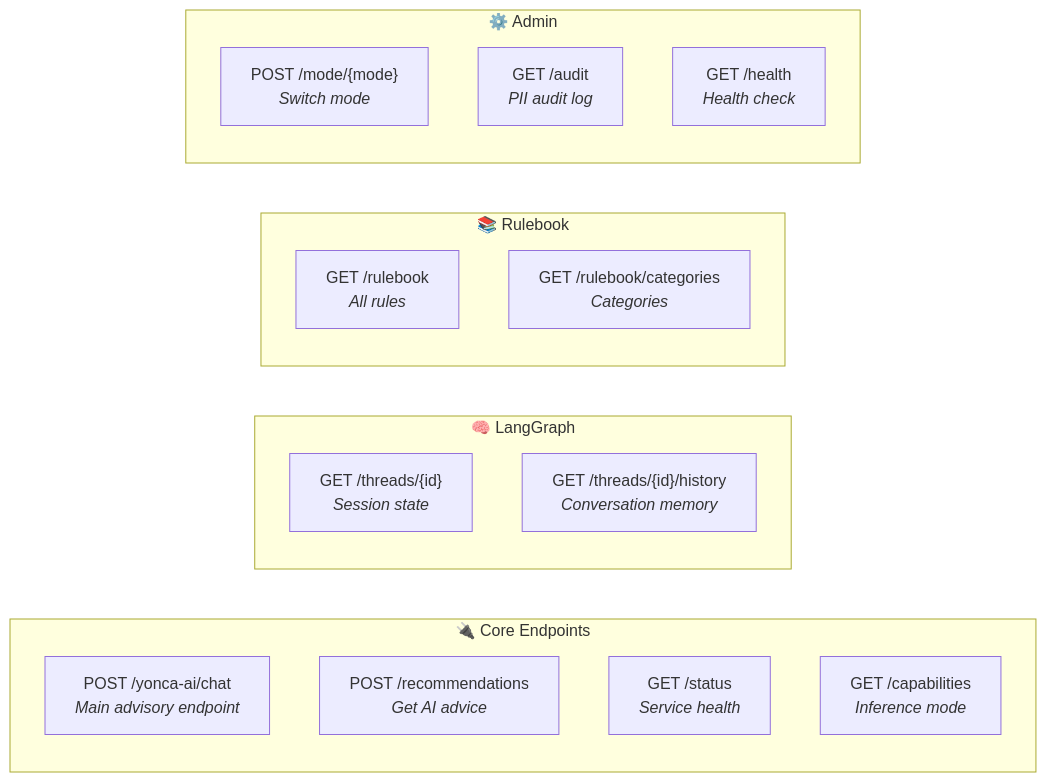
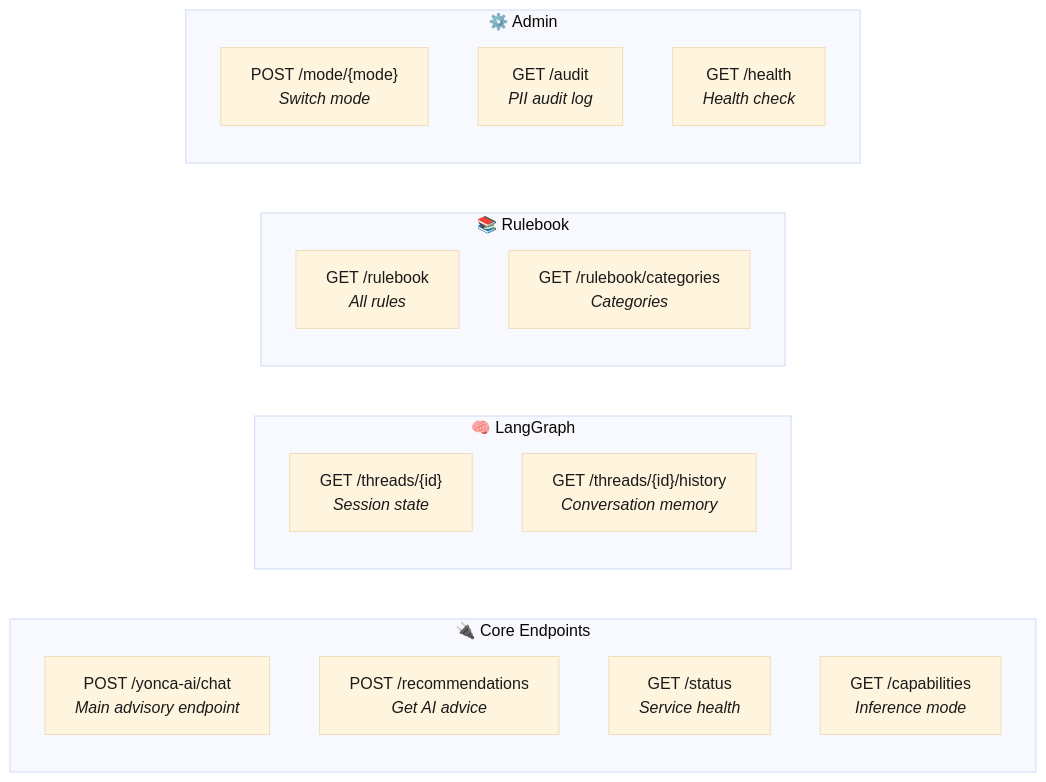
Before and after one commit to Px8Studio/yonja: diagram 16 of 19 in docs/zekalab/03-ARCHITECTURE.md, drawn with Mermaid. The commit also changed other lines of this file and 2 other files, not shown here.

Commit message:
Refine styling in architecture diagrams for improved clarity and consistency

````diff
--- a/docs/zekalab/03-ARCHITECTURE.md
+++ b/docs/zekalab/03-ARCHITECTURE.md
@@ -628,25 +640,26 @@
 ```mermaid
+%%{init: {'theme': 'base', 'themeVariables': { 'primaryTextColor': '#1a1a1a', 'lineColor': '#424242'}}}%%
 graph LR
     subgraph core["🔌 Core Endpoints"]
         chat["POST /yonca-ai/chat<br/><i>Main advisory endpoint</i>"]
         rec["POST /recommendations<br/><i>Get AI advice</i>"]
         status["GET /status<br/><i>Service health</i>"]
         caps["GET /capabilities<br/><i>Inference mode</i>"]
     end
     
     subgraph graph_ep["🧠 LangGraph"]
         threads["GET /threads/{id}<br/><i>Session state</i>"]
         history["GET /threads/{id}/history<br/><i>Conversation memory</i>"]
     end
     
     subgraph rules_ep["📚 Rulebook"]
         rulebook["GET /rulebook<br/><i>All rules</i>"]
         cats["GET /rulebook/categories<br/><i>Categories</i>"]
     end
     
     subgraph admin["⚙️ Admin"]
         mode["POST /mode/{mode}<br/><i>Switch mode</i>"]
         audit["GET /audit<br/><i>PII audit log</i>"]
         health["GET /health<br/><i>Health check</i>"]
     end
 ```
````
